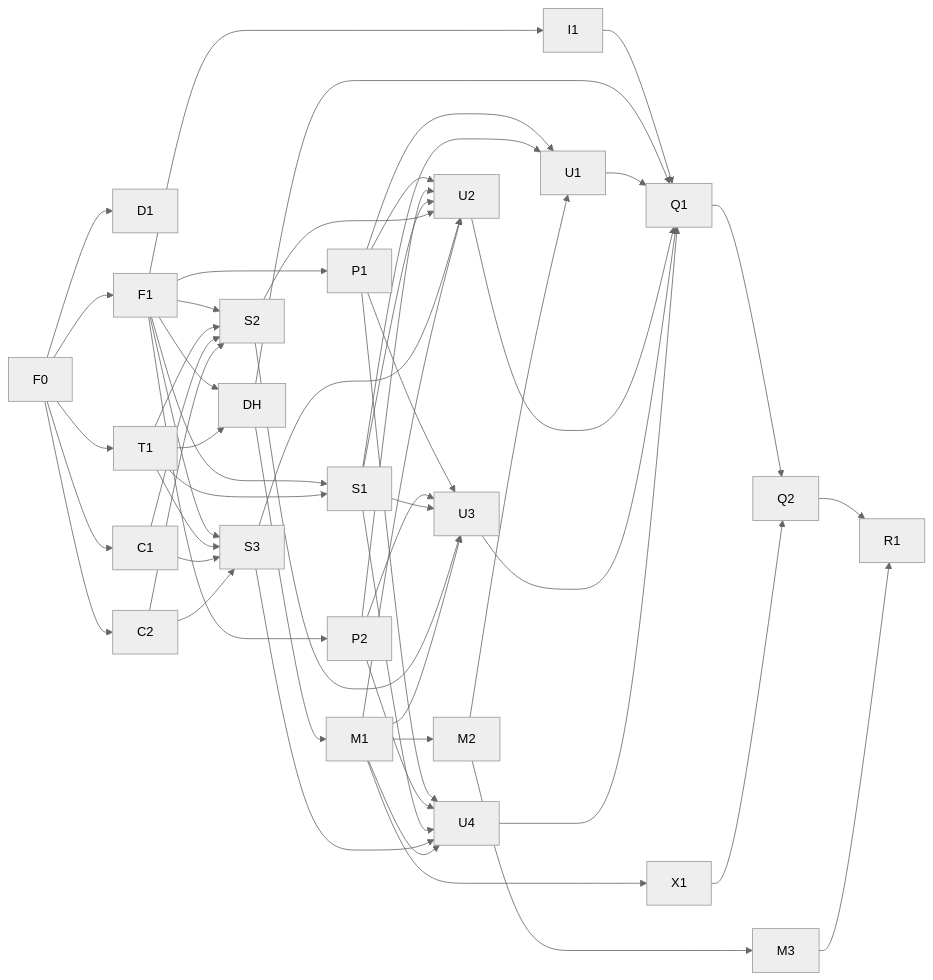
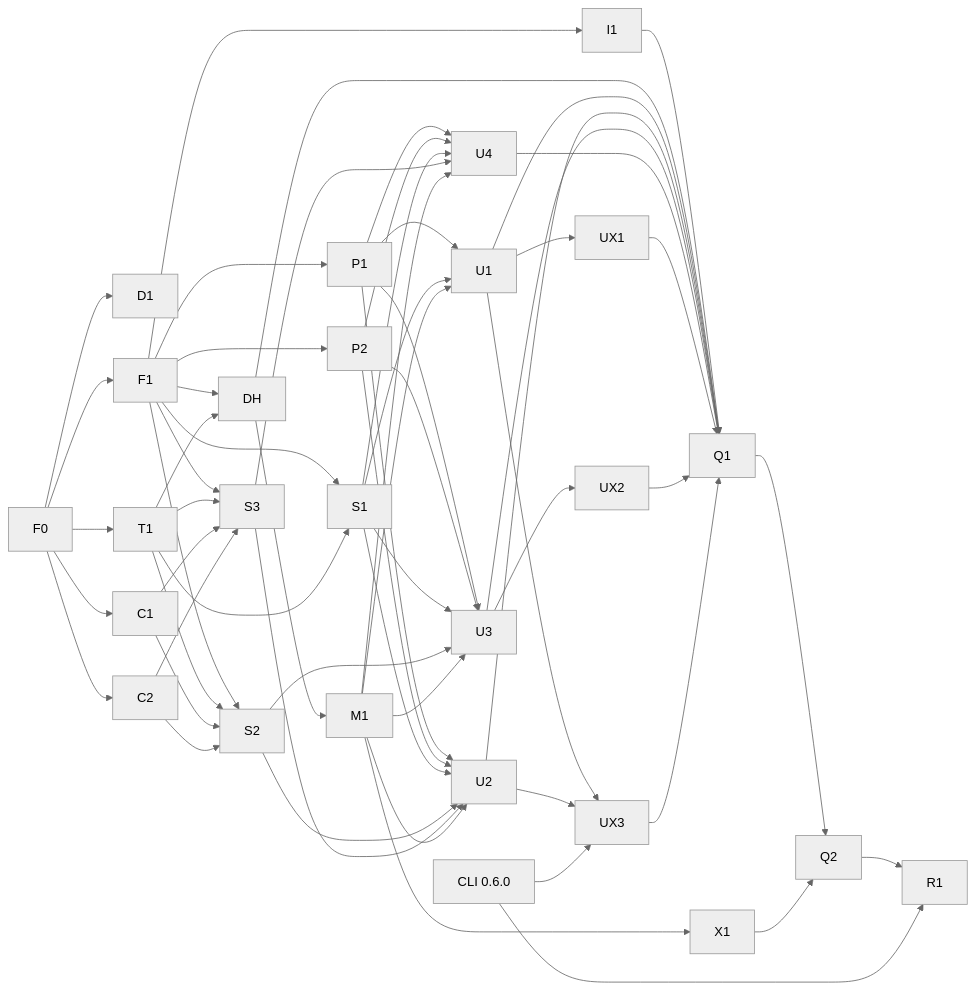
The second of 2 diagrams in docs/ui-mvp-plan.md (lordoleksiy/AzCfg), drawn with Mermaid (neutral theme) before and after one commit. The commit also changed other lines of this file, not shown here.

````diff
--- a/docs/ui-mvp-plan.md
+++ b/docs/ui-mvp-plan.md
@@ -1788,19 +1841,22 @@
 ```mermaid
 graph LR
   F0 --> D1 & C1 & C2 & T1 & F1
   F1 --> I1 & P1 & P2 & S1 & S2 & S3 & DH
   T1 --> S1 & S2 & S3 & DH
   C1 --> S2 & S3
   C2 --> S2 & S3
   P1 --> U1 & U2 & U3 & U4
   P2 --> U2 & U3 & U4
   S1 --> U1 & U2 & U3 & U4
   S2 --> U2 & U3
   S3 --> U2 & U4
-  DH --> M1 --> M2 --> M3
-  M1 --> U2 & U3 & U4 & X1
-  M2 --> U1
-  I1 & DH & U1 & U2 & U3 & U4 --> Q1 --> Q2
+  DH --> M1
+  M1 --> U1 & U2 & U3 & U4 & X1
+  U1 --> UX1
+  U3 --> UX2
+  CLI060["CLI 0.6.0"]
+  U1 & U2 & CLI060 --> UX3
+  I1 & DH & U1 & U2 & U3 & U4 & UX1 & UX2 & UX3 --> Q1 --> Q2
   X1 --> Q2
-  Q2 & M3 --> R1
+  Q2 & CLI060 --> R1
 ```
````
